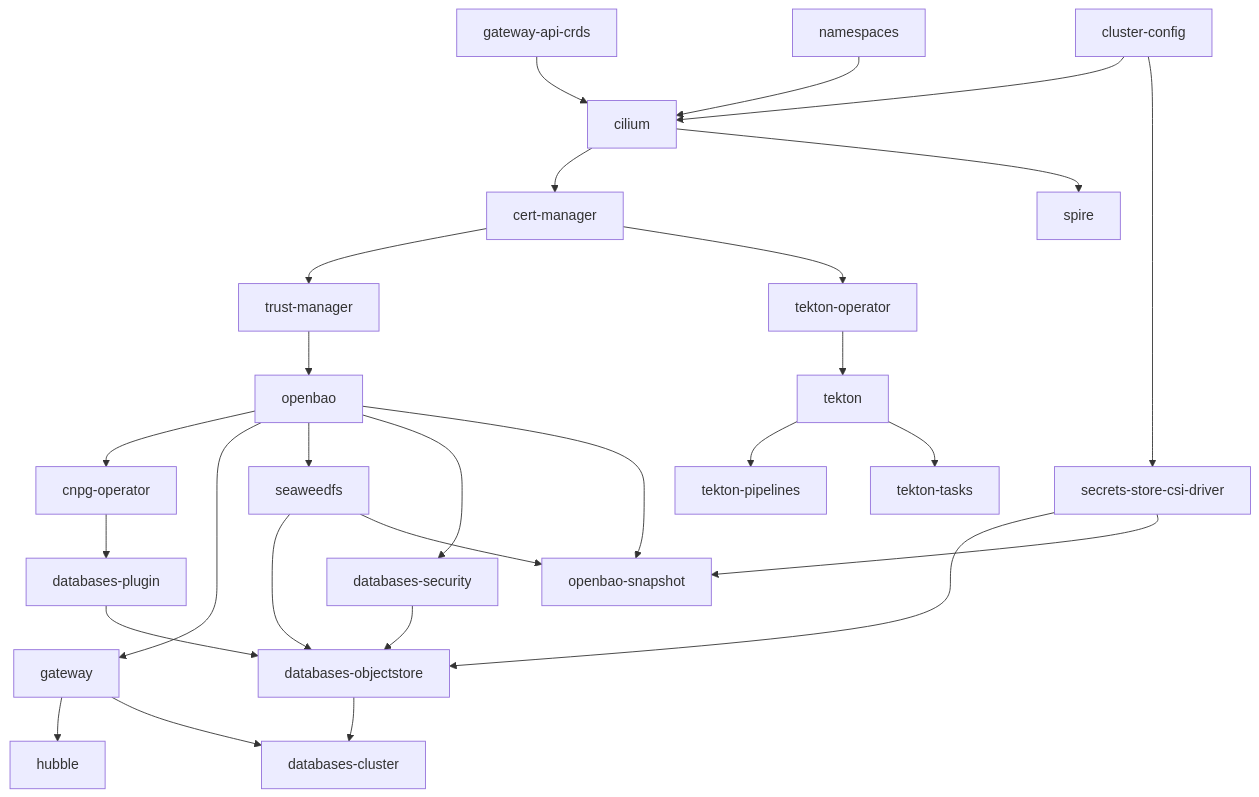
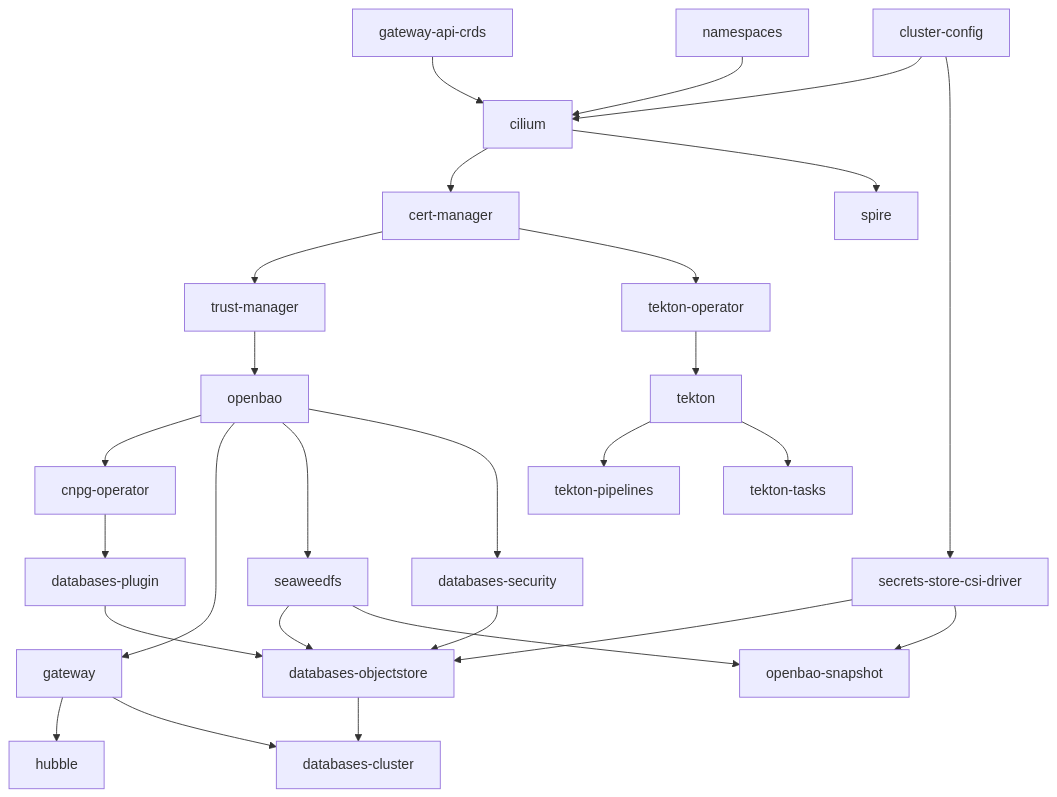
Before and after one commit to DragonBishop/data_science_cluster: the diagram in docs/INSTALLATION.md, drawn with Mermaid. The commit also changed other lines of this file and 5 other files, not shown here.

````diff
--- a/docs/INSTALLATION.md
+++ b/docs/INSTALLATION.md
@@ -381,40 +479,39 @@
 ```mermaid
 flowchart TD
     %% Base Foundations
     crds["gateway-api-crds"] --> cilium["cilium"]
     ns["namespaces"] --> cilium
     cc["cluster-config"] --> cilium
 
     %% Core Services & PKI
     cilium --> certmgr["cert-manager"]
     certmgr --> trustmgr["trust-manager"]
     trustmgr --> openbao["openbao"]
     cilium --> spire["spire"]
 
     %% Platform Services
     openbao --> cnpg["cnpg-operator"]
     cnpg --> plugin["databases-plugin"]
 
     openbao --> gw["gateway"]
     gw --> hubble["hubble"]
 
     %% Applications
     openbao --> seaweedfs["seaweedfs"]
     cc --> csidriver["secrets-store-csi-driver"]
     openbao --> security["databases-security"]
     plugin --> objectstore["databases-objectstore"]
     security --> objectstore
     seaweedfs --> objectstore
     csidriver --> objectstore
-    openbao --> baosnapshot["openbao-snapshot"]
-    seaweedfs --> baosnapshot
+    seaweedfs --> baosnapshot["openbao-snapshot"]
     csidriver --> baosnapshot
     objectstore --> dbcluster["databases-cluster"]
     gw --> dbcluster
 
     %% CI
     certmgr --> tektonop["tekton-operator"]
     tektonop --> tekton["tekton"]
     tekton --> tektonpipelines["tekton-pipelines"]
     tekton --> tektontasks["tekton-tasks"]
 ```
````
